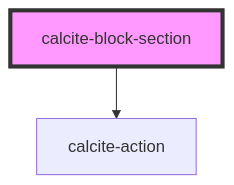
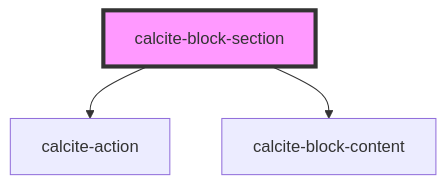
The diagram in src/components/calcite-block-section/readme.md (Esri/calcite-app-components), drawn with Mermaid before and after one commit. The commit also changed other lines of this file and 96 other files, not shown here.

````diff
--- a/src/components/calcite-block-section/readme.md
+++ b/src/components/calcite-block-section/readme.md
@@ -28,5 +29,6 @@
 ```mermaid
 graph TD;
   calcite-block-section --> calcite-action
+  calcite-block-section --> calcite-block-content
   style calcite-block-section fill:#f9f,stroke:#333,stroke-width:4px
 ```
````
